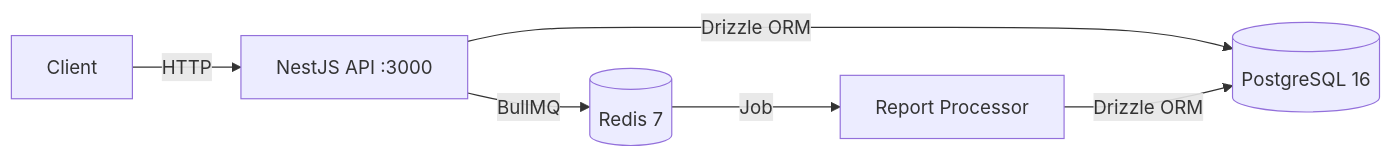
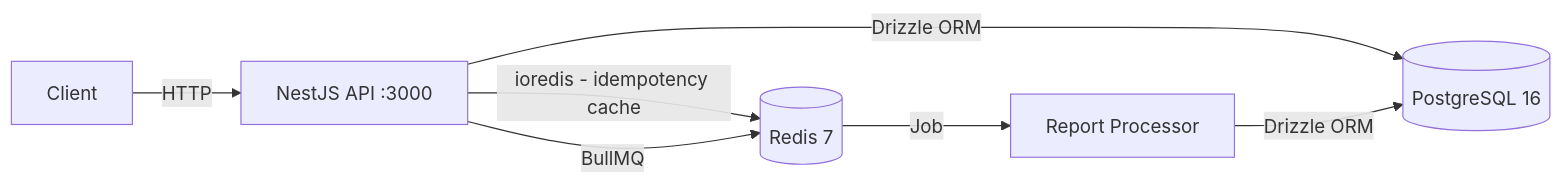
The first of 2 diagrams in docs/architecture.md (0-sayed/wallet), drawn with Mermaid before and after one commit. The commit also changed other lines of this file and 5 other files, not shown here.

Commit message:
docs: add ADR-008/009/010 and update architecture docs for scale improvements

````diff
--- a/docs/architecture.md
+++ b/docs/architecture.md
@@ -9,8 +9,9 @@
 ```mermaid
 graph LR
     Client -->|HTTP| API[NestJS API :3000]
     API -->|Drizzle ORM| PG[(PostgreSQL 16)]
-    API -->|BullMQ| Redis[(Redis 7)]
+    API -->|ioredis - idempotency cache| Redis[(Redis 7)]
+    API -->|BullMQ| Redis
     Redis -->|Job| Worker[Report Processor]
     Worker -->|Drizzle ORM| PG
 ```
````
